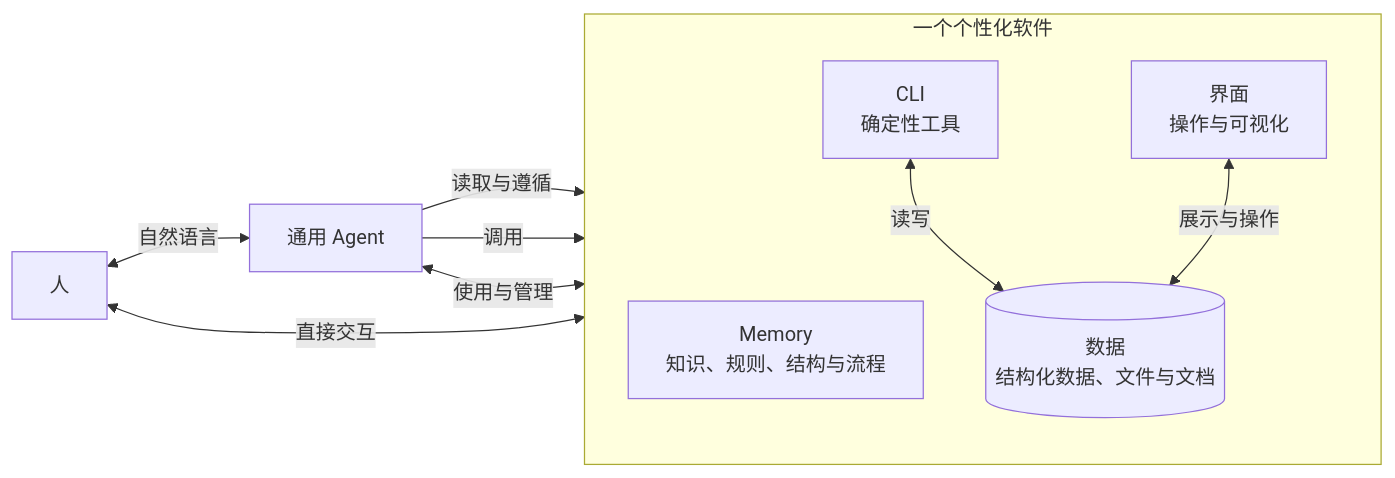
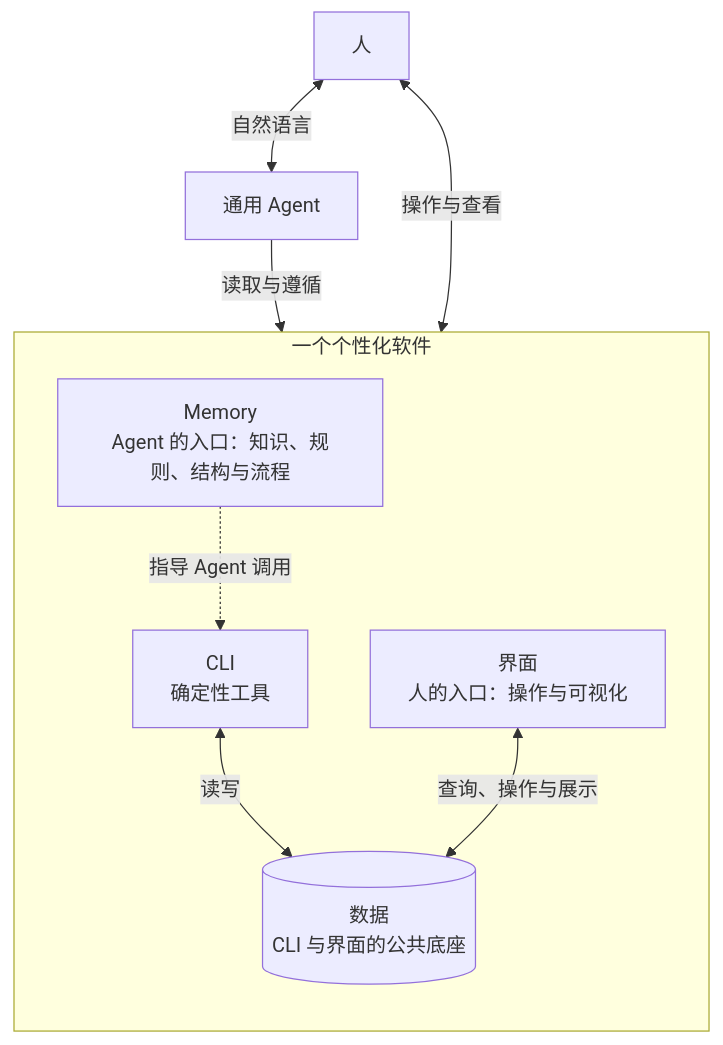
The diagram in README.md (billtenor/memsphere), drawn with Mermaid before and after one commit. The commit also changed other lines of this file and 1 other file, not shown here.

Commit message:
docs: clarify personalized software asset flow

````diff
--- a/README.md
+++ b/README.md
@@ -80,22 +80,21 @@
 ```mermaid
-flowchart LR
+flowchart TB
     H["人"]
     A["通用 Agent"]
 
     subgraph S["一个个性化软件"]
         direction TB
-        M["Memory<br/>知识、规则、结构与流程"]
+        M["Memory<br/>Agent 的入口：知识、规则、结构与流程"]
         C["CLI<br/>确定性工具"]
-        D[("数据<br/>结构化数据、文件与文档")]
-        I["界面<br/>操作与可视化"]
+        I["界面<br/>人的入口：操作与可视化"]
+        D[("数据<br/>CLI 与界面的公共底座")]
 
+        M -.->|"指导 Agent 调用"| C
         C <-->|"读写"| D
-        I <-->|"展示与操作"| D
+        I <-->|"查询、操作与展示"| D
     end
 
     H <-->|"自然语言"| A
     A -->|"读取与遵循"| M
-    A -->|"调用"| C
-    A <-->|"使用与管理"| D
-    H <-->|"直接交互"| I
+    H <-->|"操作与查看"| I
 ```
````
